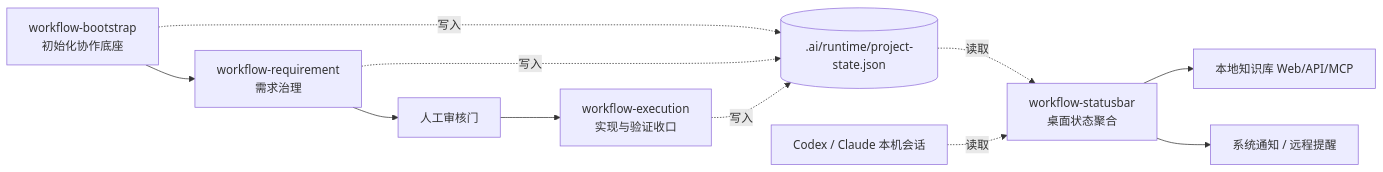
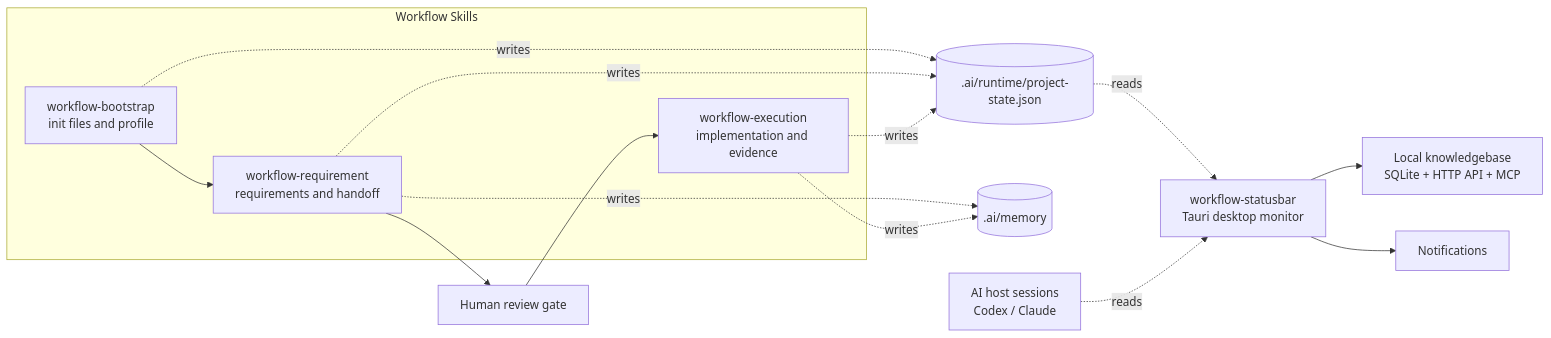
One commit to beyond-snail/workflow-skills changed the diagram in ARCHITECTURE.md. Above: the diagram before and after it, drawn with Mermaid. The commit also changed other lines of this file and 4 other files, not shown here.

````diff
--- a/ARCHITECTURE.md
+++ b/ARCHITECTURE.md
@@ -18,15 +20,27 @@
 ```mermaid
 flowchart LR
-    A[workflow-bootstrap<br/>初始化协作底座] --> B[workflow-requirement<br/>需求治理]
-    B --> G[人工审核门]
-    G --> C[workflow-execution<br/>实现与验证收口]
+    subgraph Skills[Workflow Skills]
+        A[workflow-bootstrap<br/>init files and profile]
+        B[workflow-requirement<br/>requirements and handoff]
+        C[workflow-execution<br/>implementation and evidence]
+    end
 
-    A -.写入.-> S[(.ai/runtime/project-state.json)]
-    B -.写入.-> S
-    C -.写入.-> S
+    G[Human review gate]
+    S[(.ai/runtime/project-state.json)]
+    M[(.ai/memory)]
+    D[workflow-statusbar<br/>Tauri desktop monitor]
+    H[AI host sessions<br/>Codex / Claude]
+    K[Local knowledgebase<br/>SQLite + HTTP API + MCP]
+    N[Notifications]
 
-    S -.读取.-> D[workflow-statusbar<br/>桌面状态聚合]
-    H[Codex / Claude 本机会话] -.读取.-> D
-    D --> K[本地知识库 Web/API/MCP]
-    D --> N[系统通知 / 远程提醒]
+    A --> B --> G --> C
+    A -.writes.-> S
+    B -.writes.-> S
+    C -.writes.-> S
+    B -.writes.-> M
+    C -.writes.-> M
+    S -.reads.-> D
+    H -.reads.-> D
+    D --> K
+    D --> N
 ```
````
